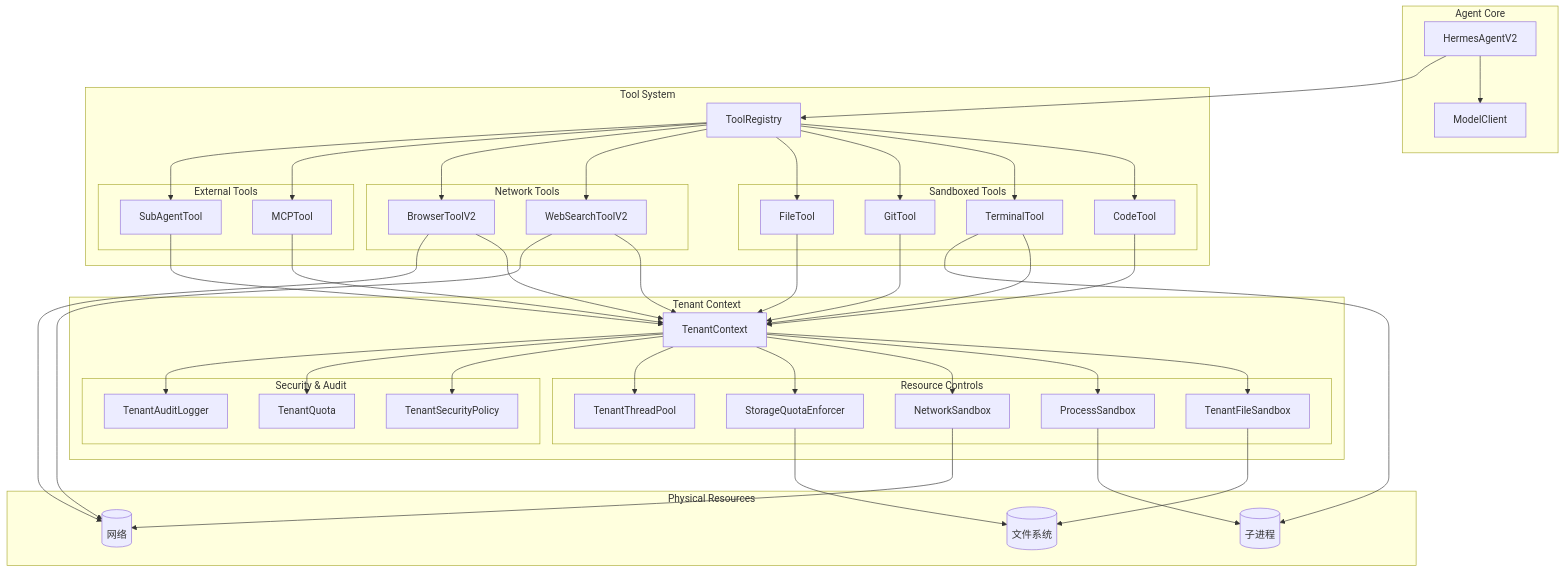
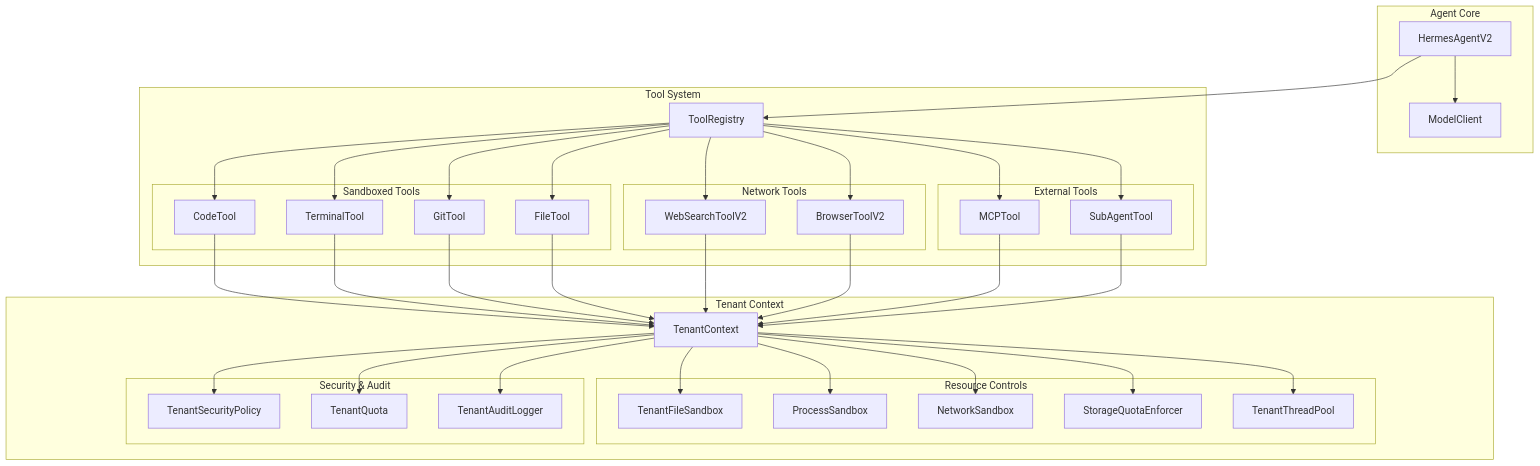
The fifth of 11 diagrams in docs/ARCHITECTURE.md (liudaac/hermes-agent-java), drawn with Mermaid before and after one commit. The commit also changed other lines of this file and 31 other files, not shown here.

````diff
--- a/docs/ARCHITECTURE.md
+++ b/docs/ARCHITECTURE.md
@@ -572,78 +211,48 @@
 ```mermaid
 graph TB
     subgraph "Agent Core"
         Agent[HermesAgentV2]
         Model[ModelClient]
     end
 
     subgraph "Tool System"
         Registry[ToolRegistry]
-        
         subgraph "Sandboxed Tools"
             Code[CodeTool]
             Terminal[TerminalTool]
             Git[GitTool]
             File[FileTool]
         end
-        
         subgraph "Network Tools"
             WebSearch[WebSearchToolV2]
             Browser[BrowserToolV2]
         end
-        
         subgraph "External Tools"
             MCP[MCPTool]
             SubAgent[SubAgentTool]
         end
     end
 
     subgraph "Tenant Context"
         Context[TenantContext]
-        
         subgraph "Resource Controls"
             FileSB[TenantFileSandbox]
             ProcessSB[ProcessSandbox]
             NetworkSB[NetworkSandbox]
             Storage[StorageQuotaEnforcer]
             Threads[TenantThreadPool]
         end
-        
         subgraph "Security & Audit"
             Policy[TenantSecurityPolicy]
             Quota[TenantQuota]
             Audit[TenantAuditLogger]
         end
     end
 
-    subgraph "Physical Resources"
-        FS[(文件系统)]
-        Network[(网络)]
-        Processes[(子进程)]
-    end
-
-    %% Connections
     Agent --> Model
     Agent --> Registry
-    
     Registry --> Code & Terminal & Git & File & WebSearch & Browser & MCP & SubAgent
-    
-    Code --> Context
-    Terminal --> Context
-    Git --> Context
-    File --> Context
-    WebSearch --> Context
-    Browser --> Context
-    MCP --> Context
-    SubAgent --> Context
-    
+    Code & Terminal & Git & File & WebSearch & Browser & MCP & SubAgent --> Context
     Context --> FileSB & ProcessSB & NetworkSB & Storage & Threads
     Context --> Policy & Quota & Audit
-    
-    FileSB --> FS
-    ProcessSB --> Processes
-    Terminal --> Processes
-    Storage --> FS
-    NetworkSB --> Network
-    WebSearch --> Network
-    Browser --> Network
 ```
````
